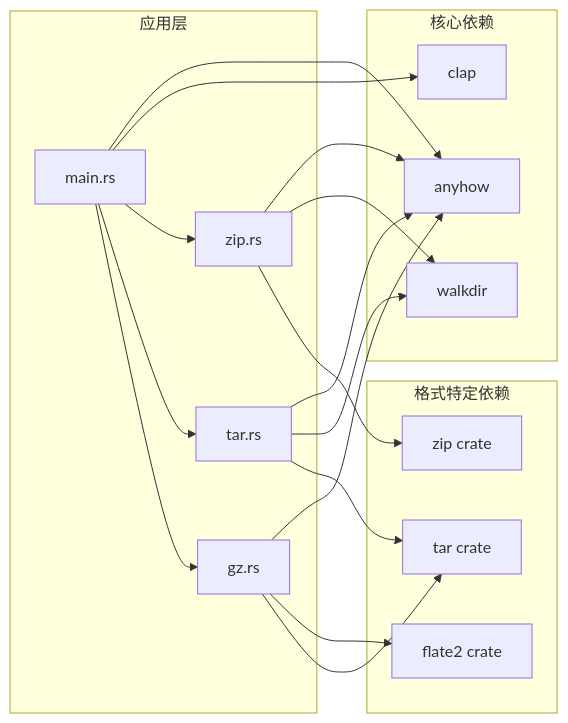
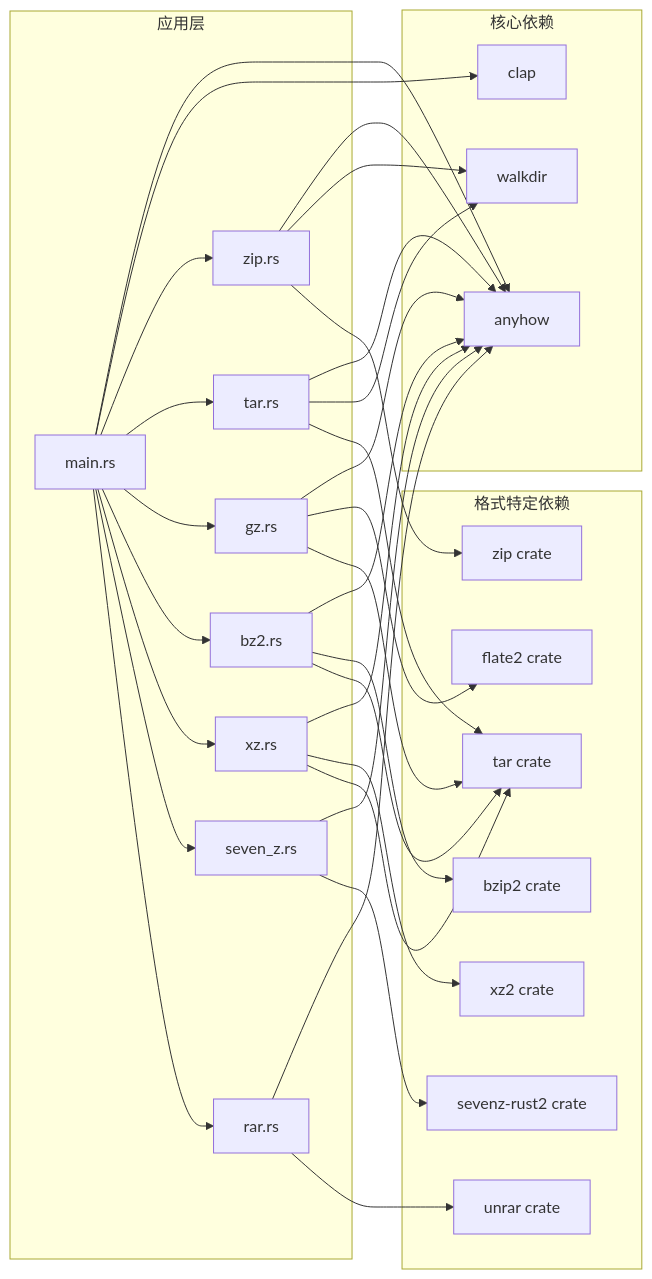
The fifth of 5 diagrams in .qoder/repowiki/zh/content/核心功能实现/解压功能实现.md (zhangjiacai-hub/myArchive), drawn with Mermaid before and after one commit. The commit also changed other lines of this file and 6 other files, not shown here.

````diff
--- a/.qoder/repowiki/zh/content/核心功能实现/解压功能实现.md
+++ b/.qoder/repowiki/zh/content/核心功能实现/解压功能实现.md
@@ -247,33 +395,55 @@
 ```mermaid
 graph LR
 subgraph "应用层"
 Main[main.rs]
 Zip[zip.rs]
 Tar[tar.rs]
 Gz[gz.rs]
+Bz2[bz2.rs]
+Xz[xz.rs]
+SevenZ[seven_z.rs]
+Rar[rar.rs]
 end
 subgraph "核心依赖"
 Anyhow[anyhow]
 Clap[clap]
 WalkDir[walkdir]
 end
 subgraph "格式特定依赖"
 ZipCrate[zip crate]
 TarCrate[tar crate]
 Flate2[flate2 crate]
+Bzip2[bzip2 crate]
+Xz2[xz2 crate]
+SevenZDep[sevenz-rust2 crate]
+Unrar[unrar crate]
 end
 Main --> Anyhow
 Main --> Clap
 Main --> Zip
 Main --> Tar
 Main --> Gz
+Main --> Bz2
+Main --> Xz
+Main --> SevenZ
+Main --> Rar
 Zip --> Anyhow
 Zip --> WalkDir
 Zip --> ZipCrate
 Tar --> Anyhow
 Tar --> WalkDir
 Tar --> TarCrate
 Gz --> Anyhow
 Gz --> Flate2
 Gz --> TarCrate
+Bz2 --> Anyhow
+Bz2 --> Bzip2
+Bz2 --> TarCrate
+Xz --> Anyhow
+Xz --> Xz2
+Xz --> TarCrate
+SevenZ --> Anyhow
+SevenZ --> SevenZDep
+Rar --> Anyhow
+Rar --> Unrar
 ```
````
